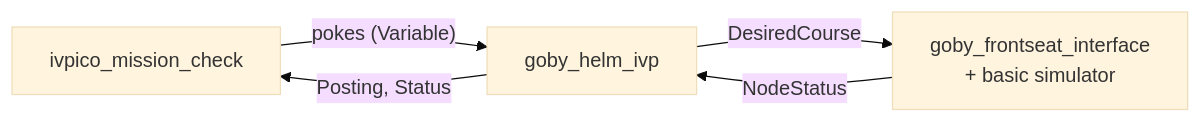
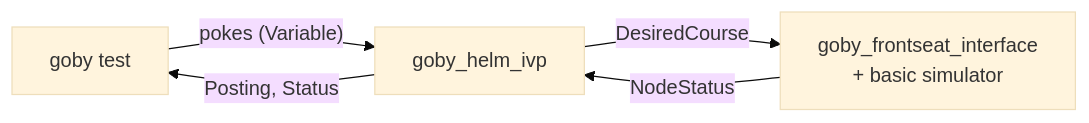
One commit to GobySoft/IvPico changed the second of 2 diagrams in src/test/missions/README.md. Above: the diagram before and after it, drawn with Mermaid (base theme). The commit also changed other lines of this file and 26 other files, not shown here.

First line of the commit message:
Run the Goby tests with 'goby test'

````diff
--- a/src/test/missions/README.md
+++ b/src/test/missions/README.md
@@ -27,7 +27,7 @@
 ```mermaid
 flowchart LR
-  check["ivpico_mission_check"] -- "pokes (Variable)" --> helm["goby_helm_ivp"]
-  helm -- "Posting, Status" --> check
+  test["goby test"] -- "pokes (Variable)" --> helm["goby_helm_ivp"]
+  helm -- "Posting, Status" --> test
   helm -- "DesiredCourse" --> fs["goby_frontseat_interface<br/>+ basic simulator"]
   fs -- "NodeStatus" --> helm
 ```
````
